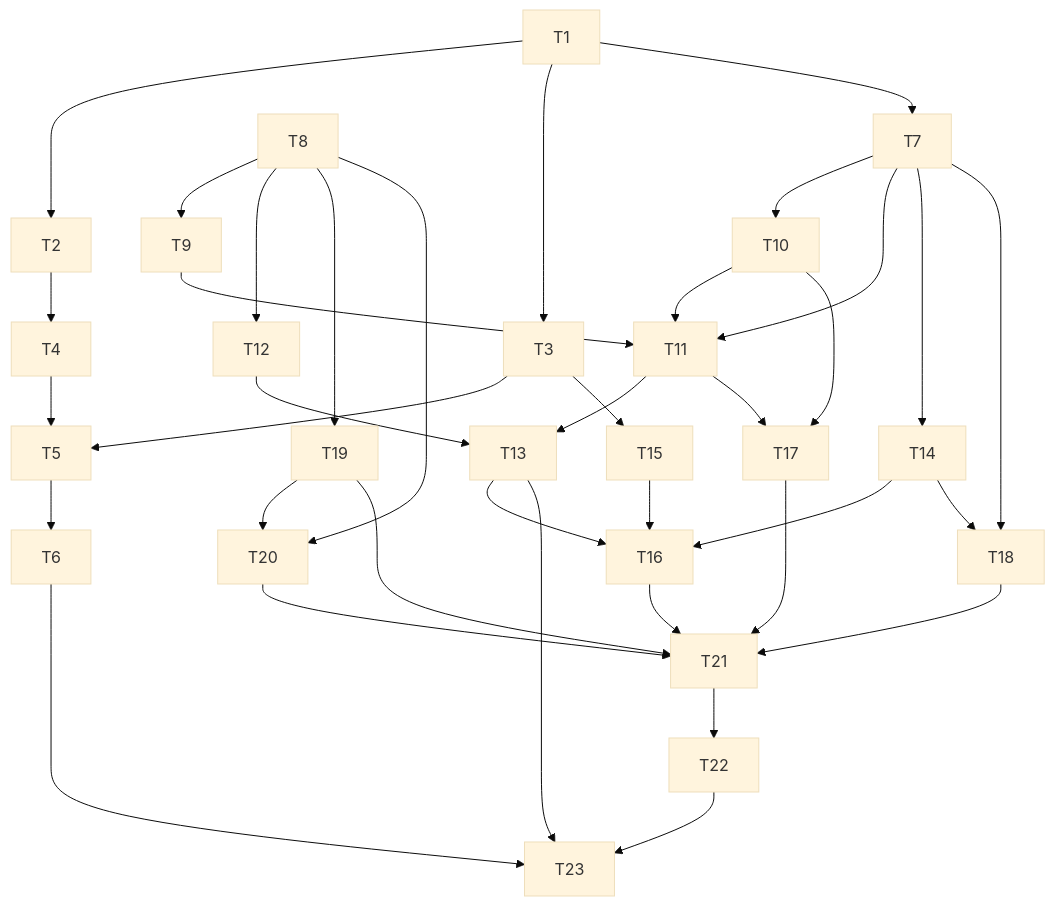
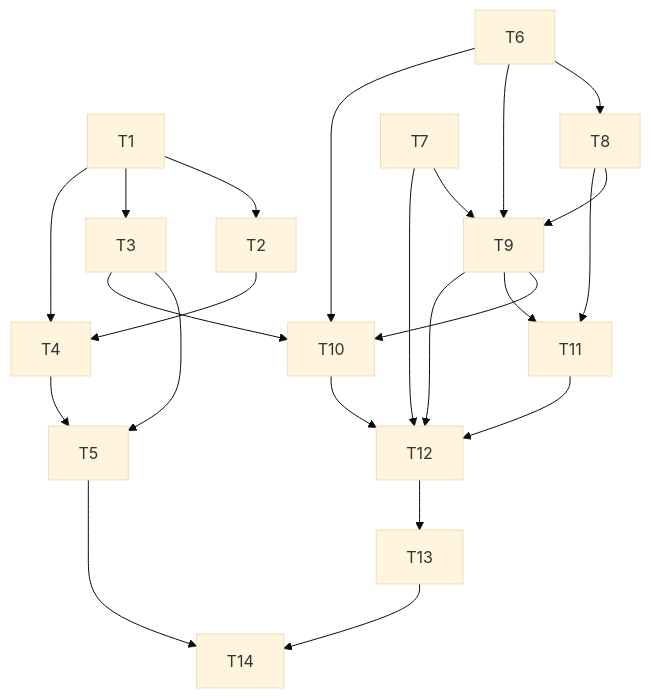
The diagram in docs/features/spaceship-cursor-loot-animations/tasks.md (raultorres2603/CubeClicker), drawn with Mermaid (base theme) before and after one commit. The commit also changed other lines of this file and 16 other files, not shown here.

````diff
--- a/docs/features/spaceship-cursor-loot-animations/tasks.md
+++ b/docs/features/spaceship-cursor-loot-animations/tasks.md
@@ -11,39 +18,25 @@
 ```mermaid
 graph TD
   T1 --> T2
   T1 --> T3
-  T1 --> T7
+  T1 --> T4
   T2 --> T4
   T3 --> T5
-  T3 --> T15
   T4 --> T5
-  T5 --> T6
-  T7 --> T10
-  T7 --> T11
-  T7 --> T14
-  T7 --> T18
+  T6 --> T8
+  T6 --> T9
+  T7 --> T9
   T8 --> T9
-  T8 --> T12
-  T8 --> T19
-  T8 --> T20
+  T6 --> T10
+  T3 --> T10
+  T9 --> T10
+  T8 --> T11
   T9 --> T11
-  T10 --> T11
-  T10 --> T17
-  T11 --> T13
-  T11 --> T17
+  T7 --> T12
+  T9 --> T12
+  T10 --> T12
+  T11 --> T12
   T12 --> T13
-  T13 --> T16
-  T14 --> T16
-  T14 --> T18
-  T15 --> T16
-  T16 --> T21
-  T17 --> T21
-  T18 --> T21
-  T19 --> T20
-  T19 --> T21
-  T20 --> T21
-  T6 --> T23
-  T13 --> T23
-  T21 --> T22
-  T22 --> T23
+  T5 --> T14
+  T13 --> T14
 ```
````
